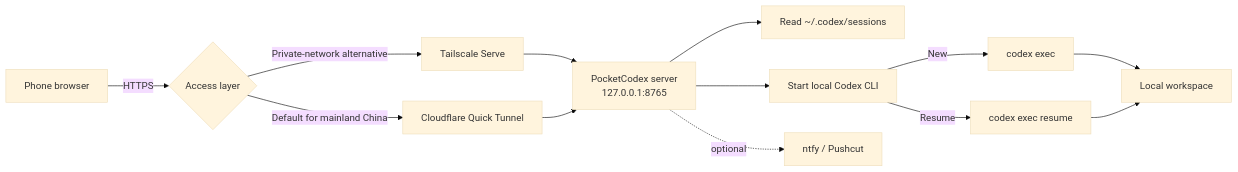
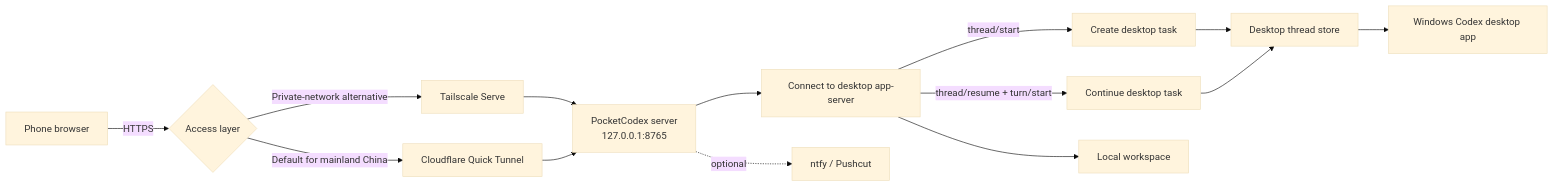
The diagram in README.en.md (wanlixing-dream/Pocket-Codex), drawn with Mermaid (base theme) before and after one commit. The commit also changed other lines of this file and 9 other files, not shown here.

````diff
--- a/README.en.md
+++ b/README.en.md
@@ -34,15 +34,16 @@
 ```mermaid
 flowchart LR
     Phone[Phone browser] -->|HTTPS| Access{Access layer}
     Access -->|Default for mainland China| CF[Cloudflare Quick Tunnel]
     Access -->|Private-network alternative| TS[Tailscale Serve]
     TS --> Server[PocketCodex server<br/>127.0.0.1:8765]
     CF --> Server
-    Server --> Sessions[Read ~/.codex/sessions]
-    Server --> Runner[Start local Codex CLI]
-    Runner -->|New| New[codex exec]
-    Runner -->|Resume| Resume[codex exec resume]
-    New --> Workspace[Local workspace]
-    Resume --> Workspace
+    Server --> Bridge[Connect to desktop app-server]
+    Bridge -->|thread/start| New[Create desktop task]
+    Bridge -->|thread/resume + turn/start| Resume[Continue desktop task]
+    New --> Store[Desktop thread store]
+    Resume --> Store
+    Store --> Desktop[Windows Codex desktop app]
+    Bridge --> Workspace[Local workspace]
     Server -.optional.-> Notify[ntfy / Pushcut]
 ```
````
